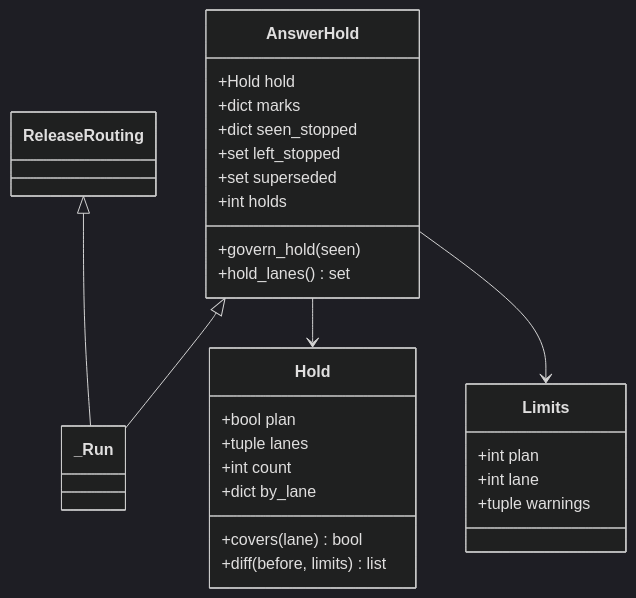
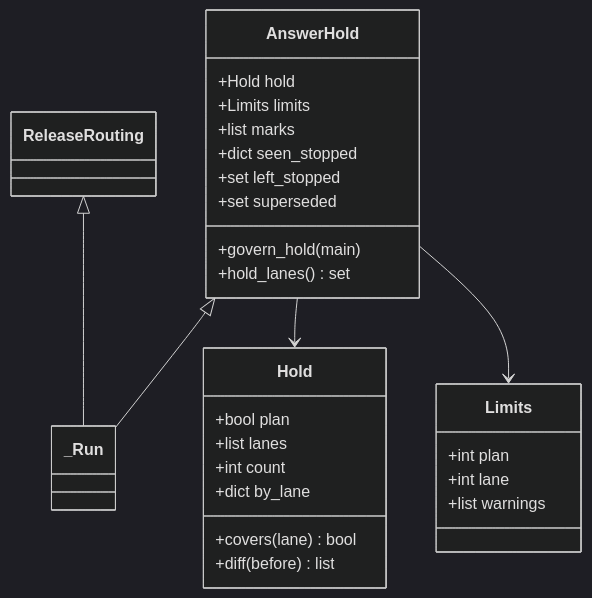
Before and after one commit to devbasex/ai-plugins: the third of 5 diagrams in issues/issue-2707-design.md, drawn with Mermaid (dark theme). The commit also changed other lines of this file and 57 other files, not shown here.

````diff
--- a/issues/issue-2707-design.md
+++ b/issues/issue-2707-design.md
@@ -221,32 +212,32 @@
 ```mermaid
 classDiagram
     class Limits {
         +int plan
         +int lane
-        +tuple warnings
+        +list warnings
     }
     class Hold {
         +bool plan
-        +tuple lanes
+        +list lanes
         +int count
         +dict by_lane
         +covers(lane) bool
-        +diff(before, limits) list
+        +diff(before) list
     }
     class AnswerHold {
         +Hold hold
-        +dict marks
+        +Limits limits
+        +list marks
         +dict seen_stopped
         +set left_stopped
         +set superseded
-        +int holds
-        +govern_hold(seen)
+        +govern_hold(main)
         +hold_lanes() set
     }
     class ReleaseRouting
     class _Run
     ReleaseRouting <|-- _Run
     AnswerHold <|-- _Run
     AnswerHold --> Hold
     AnswerHold --> Limits
 ```
````
